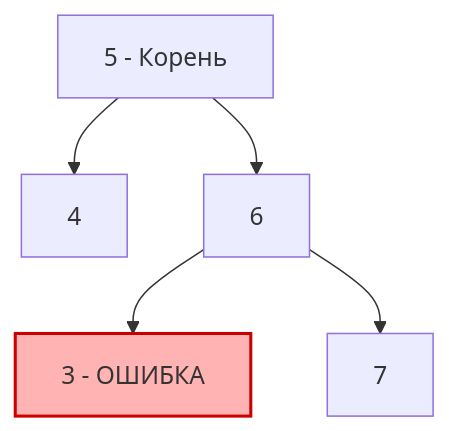
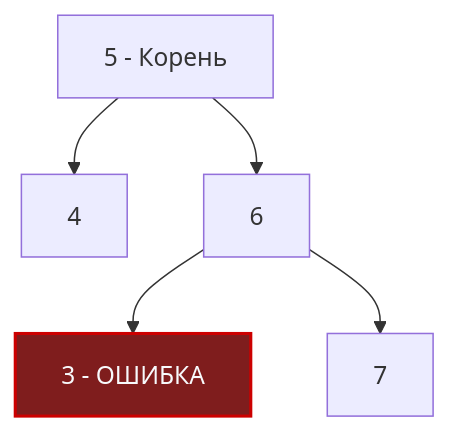
One commit to UnrealTemplier/go-textbook changed the diagram in sources/21. Задачи с LeetCode и собеседований на Go/02. Задачи/13. Деревья/6. Validate BST.md. Above: the diagram before and after it, drawn with Mermaid. The commit also changed 310 other files, not shown here.

First line of the commit message:
fix(mermaid): replace light fill colors with dark palette for readability on dark theme

````diff
--- a/sources/21. Задачи с LeetCode и собеседований на Go/02. Задачи/13. Деревья/6. Validate BST.md
+++ b/sources/21. Задачи с LeetCode и собеседований на Go/02. Задачи/13. Деревья/6. Validate BST.md
@@ -26,9 +26,9 @@
 ```mermaid
 graph TD
     A["5 - Корень"] --> B["4"]
     A --> C["6"]
     C --> D["3 - ОШИБКА"]
     C --> E["7"]
     
-    style D fill:#ffb3b3,stroke:#cc0000,stroke-width:2px
+    style D fill:#7f1d1d,stroke:#cc0000,stroke-width:2px,color:#f8fafc
 ```
````
